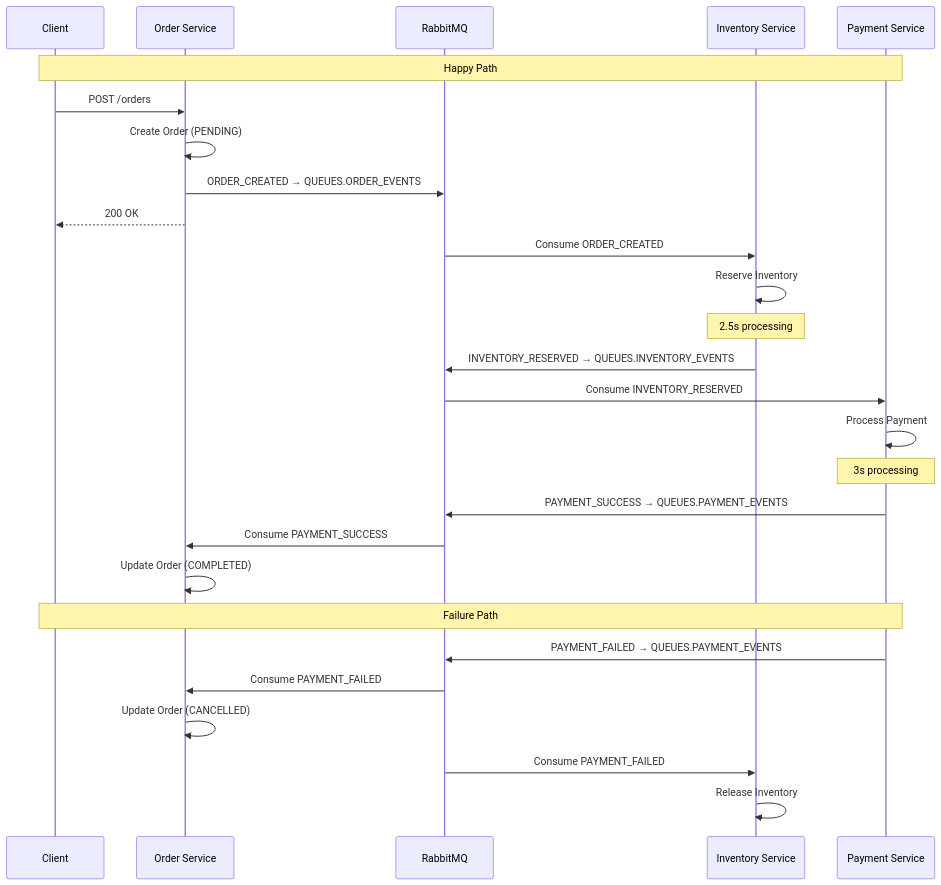
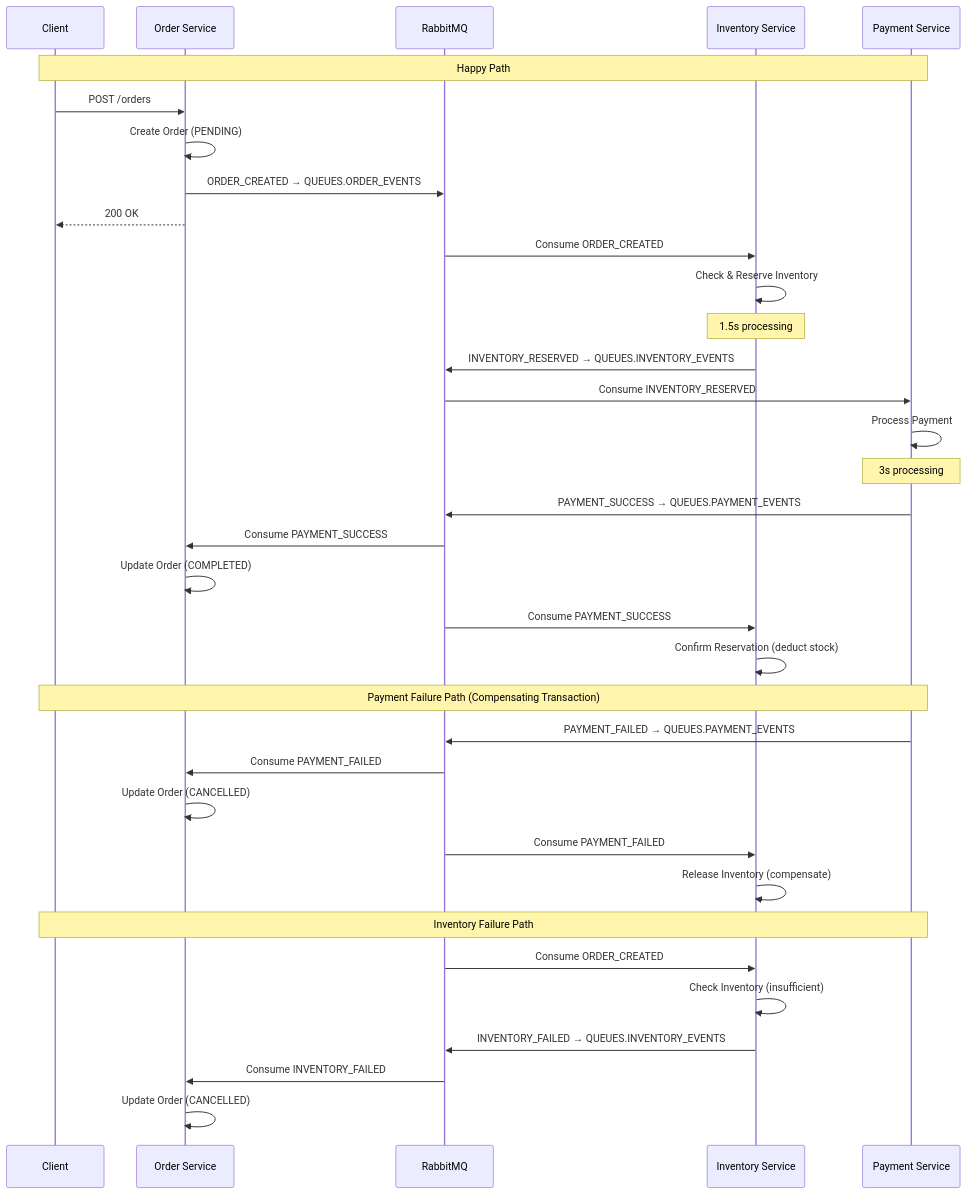
The diagram in README.md (kristianka/SWAP), drawn with Mermaid before and after one commit. The commit also changed other lines of this file, not shown here.

````diff
--- a/README.md
+++ b/README.md
@@ -25,36 +25,46 @@
 ```mermaid
     sequenceDiagram
         participant Client
         participant OrderService as Order Service
         participant RabbitMQ
         participant InventoryService as Inventory Service
         participant PaymentService as Payment Service
 
         Note over Client,PaymentService: Happy Path
 
         Client->>OrderService: POST /orders
         OrderService->>OrderService: Create Order (PENDING)
         OrderService->>RabbitMQ: ORDER_CREATED → QUEUES.ORDER_EVENTS
         OrderService-->>Client: 200 OK
 
         RabbitMQ->>InventoryService: Consume ORDER_CREATED
-        InventoryService->>InventoryService: Reserve Inventory
-        Note over InventoryService: 2.5s processing
+        InventoryService->>InventoryService: Check & Reserve Inventory
+        Note over InventoryService: 1.5s processing
         InventoryService->>RabbitMQ: INVENTORY_RESERVED → QUEUES.INVENTORY_EVENTS
 
         RabbitMQ->>PaymentService: Consume INVENTORY_RESERVED
         PaymentService->>PaymentService: Process Payment
         Note over PaymentService: 3s processing
         PaymentService->>RabbitMQ: PAYMENT_SUCCESS → QUEUES.PAYMENT_EVENTS
 
         RabbitMQ->>OrderService: Consume PAYMENT_SUCCESS
         OrderService->>OrderService: Update Order (COMPLETED)
+        RabbitMQ->>InventoryService: Consume PAYMENT_SUCCESS
+        InventoryService->>InventoryService: Confirm Reservation (deduct stock)
 
-        Note over Client,PaymentService: Failure Path
+        Note over Client,PaymentService: Payment Failure Path (Compensating Transaction)
 
         PaymentService->>RabbitMQ: PAYMENT_FAILED → QUEUES.PAYMENT_EVENTS
         RabbitMQ->>OrderService: Consume PAYMENT_FAILED
         OrderService->>OrderService: Update Order (CANCELLED)
         RabbitMQ->>InventoryService: Consume PAYMENT_FAILED
-        InventoryService->>InventoryService: Release Inventory
+        InventoryService->>InventoryService: Release Inventory (compensate)
+
+        Note over Client,PaymentService: Inventory Failure Path
+
+        RabbitMQ->>InventoryService: Consume ORDER_CREATED
+        InventoryService->>InventoryService: Check Inventory (insufficient)
+        InventoryService->>RabbitMQ: INVENTORY_FAILED → QUEUES.INVENTORY_EVENTS
+        RabbitMQ->>OrderService: Consume INVENTORY_FAILED
+        OrderService->>OrderService: Update Order (CANCELLED)
 ```
````
